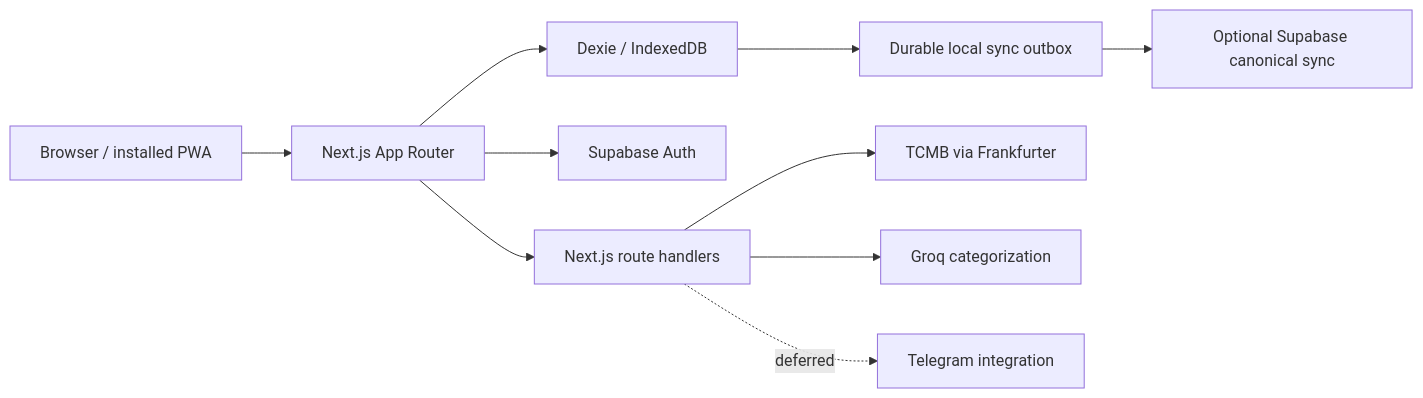
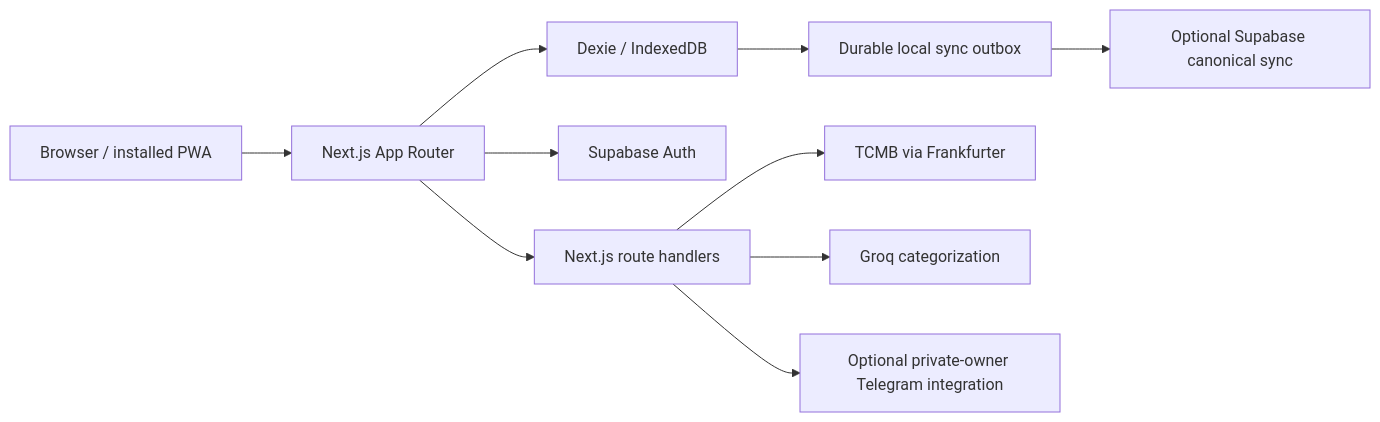
Before and after one commit to AFR0011/TapTrack: the diagram in README.md, drawn with Mermaid. The commit also changed other lines of this file, not shown here.

````diff
--- a/README.md
+++ b/README.md
@@ -21,12 +23,12 @@
 ```mermaid
 flowchart LR
     U[Browser / installed PWA] --> A[Next.js App Router]
     A --> D[Dexie / IndexedDB]
     A --> S[Supabase Auth]
     D --> Q[Durable local sync outbox]
     Q --> Y[Optional Supabase canonical sync]
     A --> R[Next.js route handlers]
     R --> F[TCMB via Frankfurter]
     R --> G[Groq categorization]
-    R -. deferred .-> T[Telegram integration]
+    R --> T[Optional private-owner Telegram integration]
 ```
````
